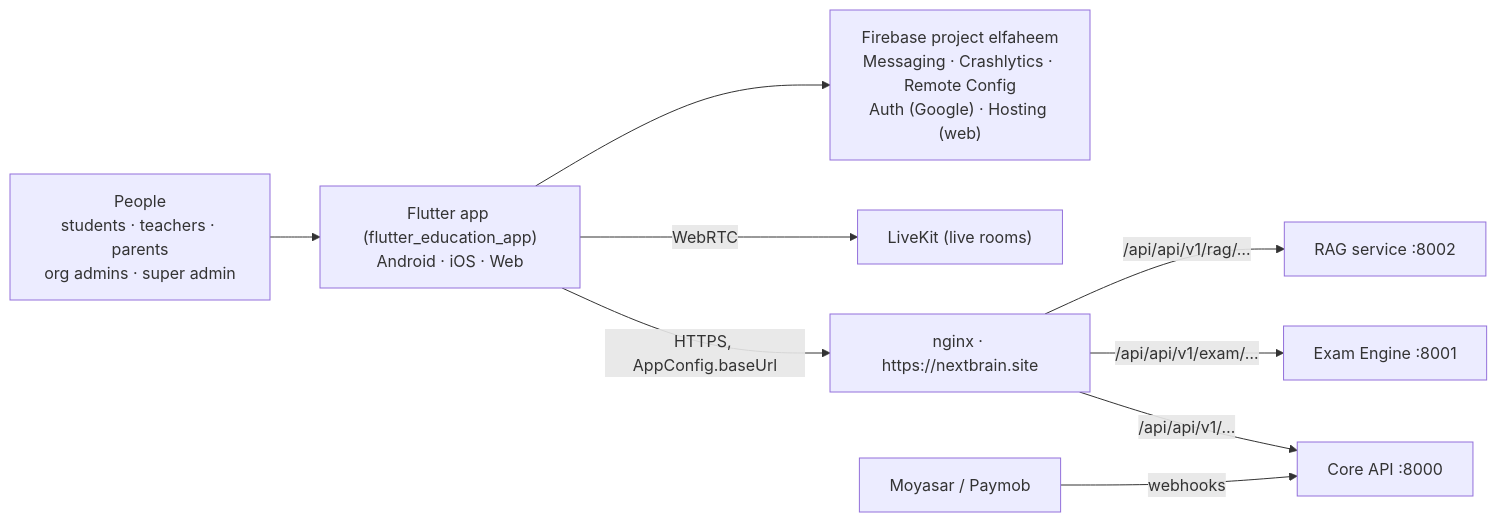
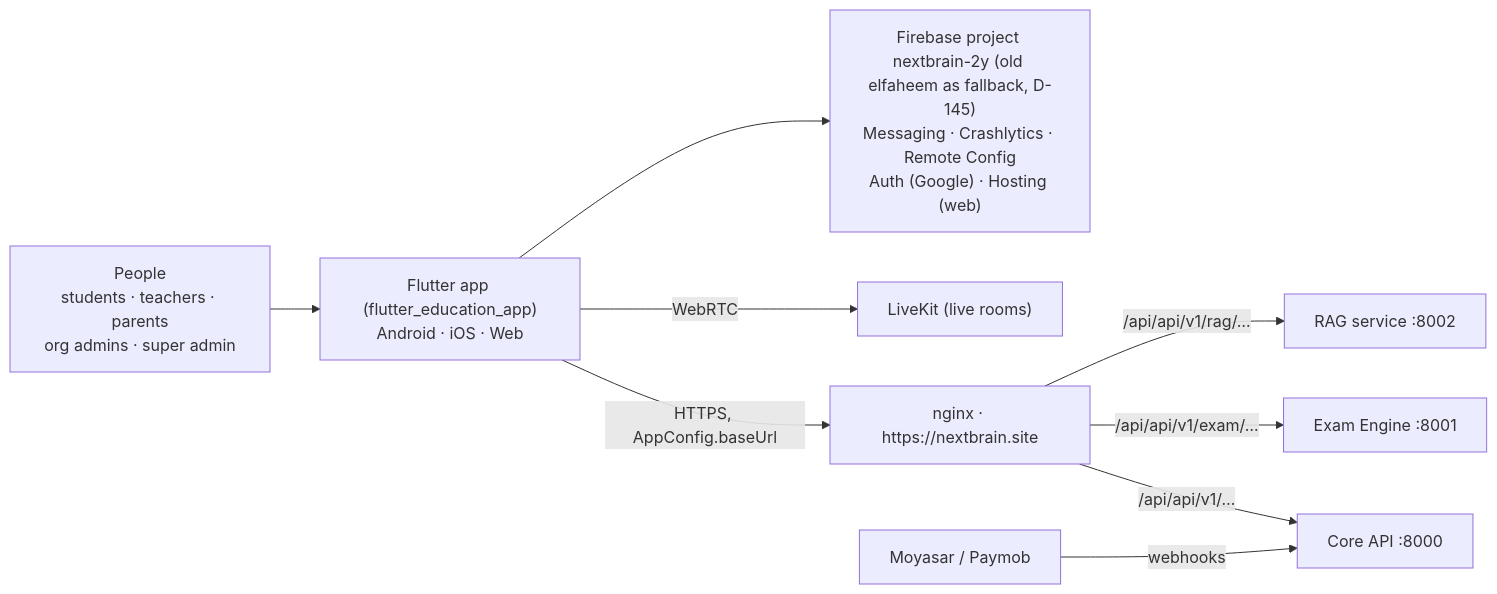
The first of 6 diagrams in docs/ARCHITECTURE.md (Amadkour/elfaheem-front), drawn with Mermaid before and after one commit. The commit also changed 5 other files, not shown here.

First line of the commit message:
Remove legacy ElFaheem names: NextBrainApp, multipart boundaries, MFA test issuer, architecture diagram

````diff
--- a/docs/ARCHITECTURE.md
+++ b/docs/ARCHITECTURE.md
@@ -10,21 +10,21 @@
 ```mermaid
 flowchart LR
     people["People<br/>students · teachers · parents<br/>org admins · super admin"]
     app["Flutter app (flutter_education_app)<br/>Android · iOS · Web"]
     nginx["nginx · https://nextbrain.site"]
     core["Core API :8000"]
     exam["Exam Engine :8001"]
     rag["RAG service :8002"]
     lk["LiveKit (live rooms)"]
-    fb["Firebase project elfaheem<br/>Messaging · Crashlytics · Remote Config<br/>Auth (Google) · Hosting (web)"]
+    fb["Firebase project nextbrain-2y (old elfaheem as fallback, D-145)<br/>Messaging · Crashlytics · Remote Config<br/>Auth (Google) · Hosting (web)"]
     pay["Moyasar / Paymob"]
 
     people --> app
     app -->|"HTTPS, AppConfig.baseUrl"| nginx
     nginx -->|"/api/api/v1/…"| core
     nginx -->|"/api/api/v1/exam/…"| exam
     nginx -->|"/api/api/v1/rag/…"| rag
     app -->|WebRTC| lk
     app --> fb
     pay -->|webhooks| core
 ```
````
